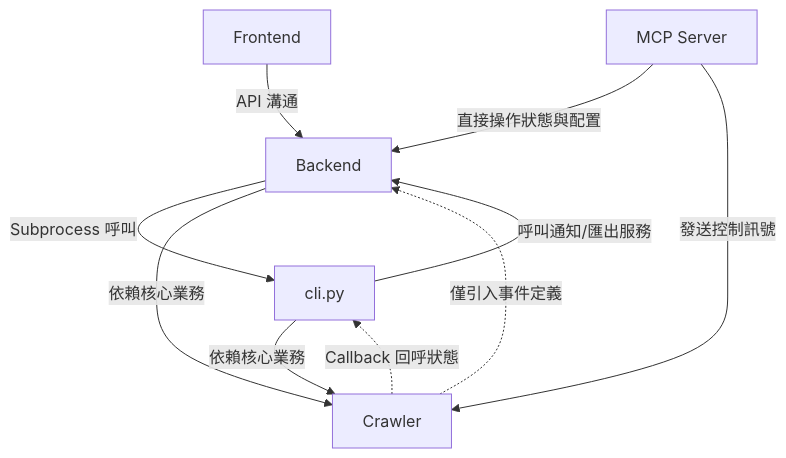
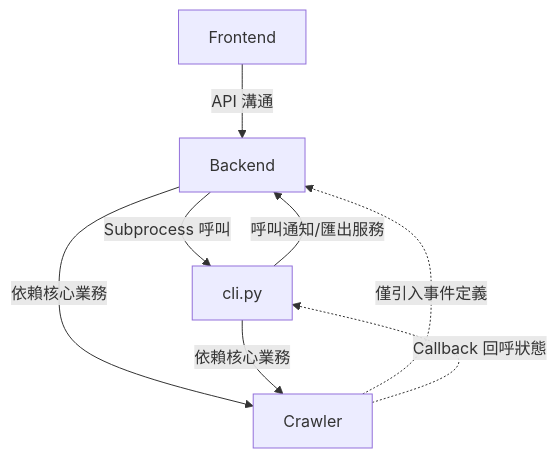
One commit to mfhsieh/link-checker changed the diagram in doc/architecture.md. Above: the diagram before and after it, drawn with Mermaid. The commit also changed 1 other file, not shown here.

````diff
--- a/doc/architecture.md
+++ b/doc/architecture.md
@@ -125,18 +125,14 @@
 ```mermaid
 graph TD
     Frontend -->|API 溝通| Backend
     Backend -->|Subprocess 呼叫| CLI[cli.py]
     Backend -->|依賴核心業務| Crawler
     
     %% CLI 與 Backend 的關係
     CLI -->|依賴核心業務| Crawler
     CLI -->|呼叫通知/匯出服務| Backend
     
     %% 消除反向耦合
     Crawler -.->|僅引入事件定義| Backend
     Crawler -.->|Callback 回呼狀態| CLI
-    
-    %% MCP Server 代理
-    MCP[MCP Server] -->|直接操作狀態與配置| Backend
-    MCP -->|發送控制訊號| Crawler
 ```
````
